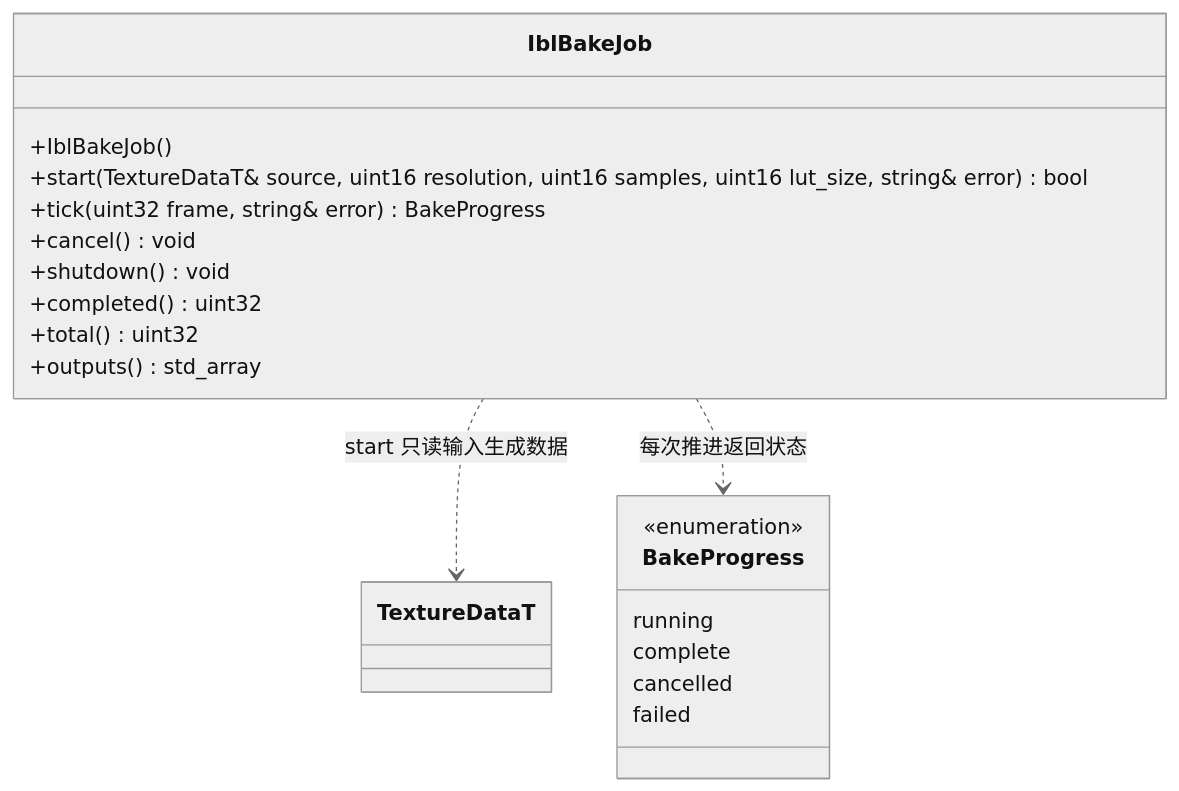
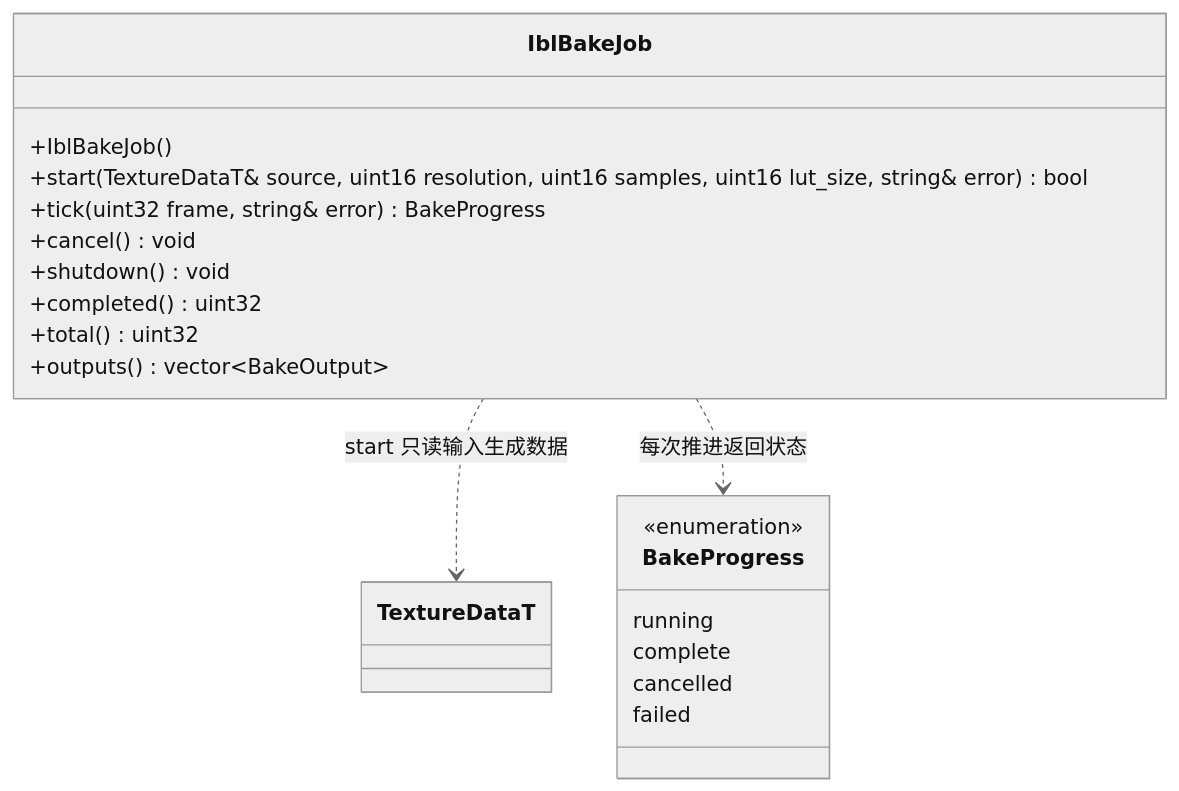
One commit to lcals/Engine changed the second of 3 diagrams in docs/plugins/editor/class-diagrams/scene-bake.md. Above: the diagram before and after it, drawn with Mermaid (neutral theme). The commit also changed other lines of this file and 305 other files, not shown here.

````diff
--- a/docs/plugins/editor/class-diagrams/scene-bake.md
+++ b/docs/plugins/editor/class-diagrams/scene-bake.md
@@ -37,23 +43,23 @@
 ```mermaid
 classDiagram
     class IblBakeJob {
         +IblBakeJob()
         +start(TextureDataT& source, uint16 resolution, uint16 samples, uint16 lut_size, string& error) bool
         +tick(uint32 frame, string& error) BakeProgress
         +cancel() void
         +shutdown() void
         +completed() uint32
         +total() uint32
-        +outputs() std_array
+        +outputs() vector~BakeOutput~
     }
     class BakeProgress {
         <<enumeration>>
         running
         complete
         cancelled
         failed
     }
     class TextureDataT
     IblBakeJob ..> TextureDataT : start 只读输入生成数据
     IblBakeJob ..> BakeProgress : 每次推进返回状态
 ```
````
